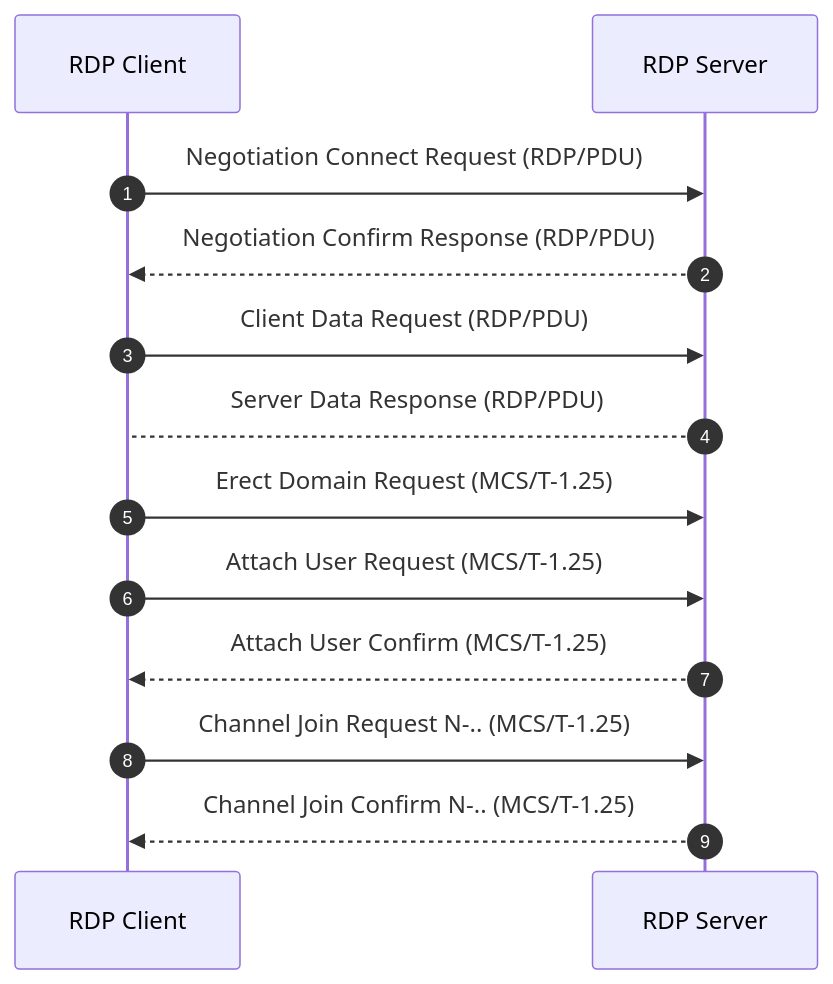
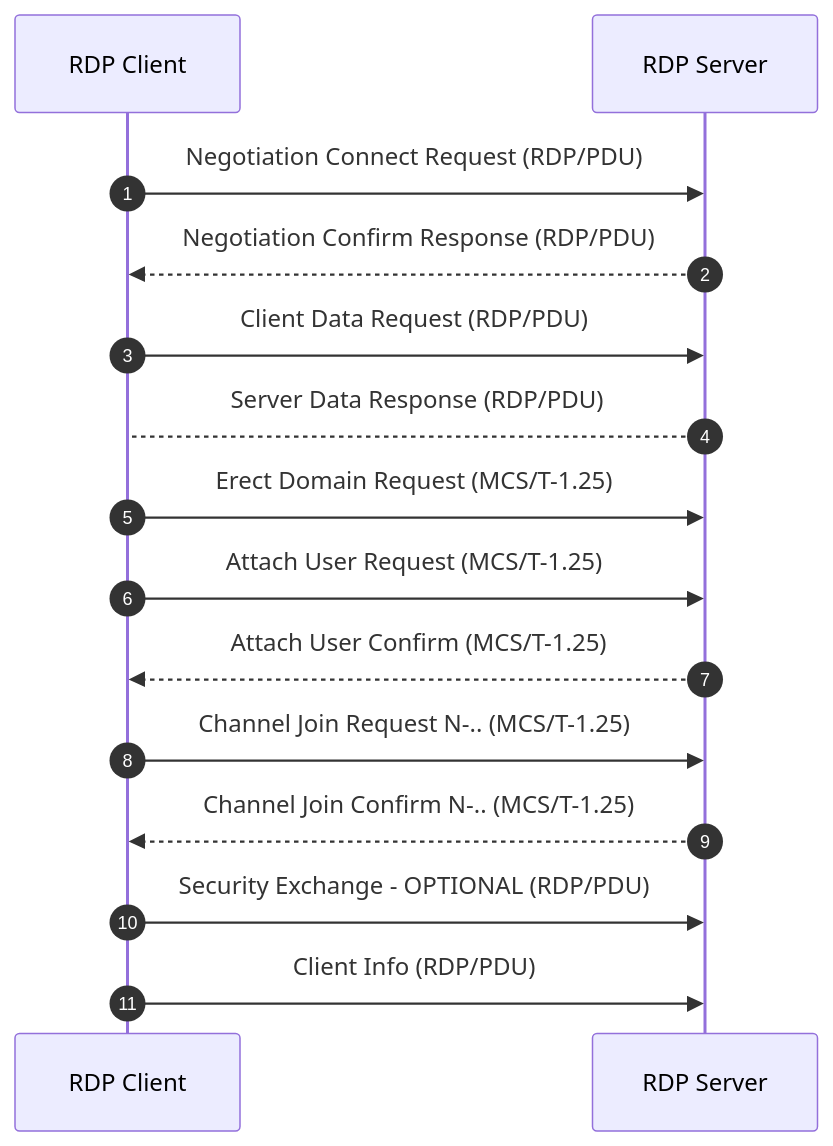
The diagram in README.md (code-by-meal/go-rdp), drawn with Mermaid before and after one commit. The commit also changed other lines of this file, not shown here.

Commit message:
action: change README

````diff
--- a/README.md
+++ b/README.md
@@ -6,18 +6,22 @@
 ```mermaid
 sequenceDiagram
     autonumber
     participant RDP Client
     participant RDP Server
 
     RDP Client->>RDP Server: Negotiation Connect Request (RDP/PDU)
     RDP Server-->>RDP Client: Negotiation Confirm Response (RDP/PDU)
 
     RDP Client->>RDP Server: Client Data Request (RDP/PDU)
     RDP Server-->RDP Client: Server Data Response (RDP/PDU)
 
     RDP Client->>RDP Server: Erect Domain Request (MCS/T-1.25)
     RDP Client->>RDP Server: Attach User Request (MCS/T-1.25)
     RDP Server-->>RDP Client: Attach User Confirm (MCS/T-1.25)
     RDP Client->>RDP Server: Channel Join Request N-.. (MCS/T-1.25)
     RDP Server-->>RDP Client: Channel Join Confirm N-.. (MCS/T-1.25)
+
+    RDP Client->>RDP Server: Security Exchange - OPTIONAL (RDP/PDU)
+
+    RDP Client->>RDP Server: Client Info (RDP/PDU)
 ```
````
